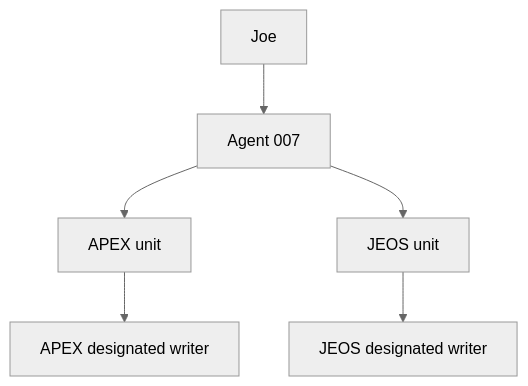
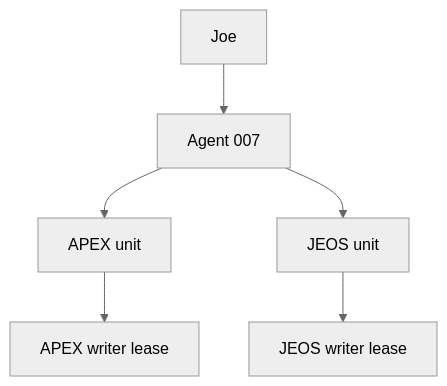
One commit to JoeElder21/Joeyyy changed the diagram in docs/SPECIALIST_CORPS_PROTOCOL.md. Above: the diagram before and after it, drawn with Mermaid (neutral theme). The commit also changed other lines of this file and 59 other files, not shown here.

Commit message:
Build mirrored APEX and JEOS specialist corps

````diff
--- a/docs/SPECIALIST_CORPS_PROTOCOL.md
+++ b/docs/SPECIALIST_CORPS_PROTOCOL.md
@@ -11,8 +19,8 @@
 ```mermaid
 flowchart TD
     J[Joe] --> Z[Agent 007]
     Z --> A[APEX unit]
     Z --> E[JEOS unit]
-    A --> AW[APEX designated writer]
-    E --> EW[JEOS designated writer]
+    A --> AW[APEX writer lease]
+    E --> EW[JEOS writer lease]
 ```
````
